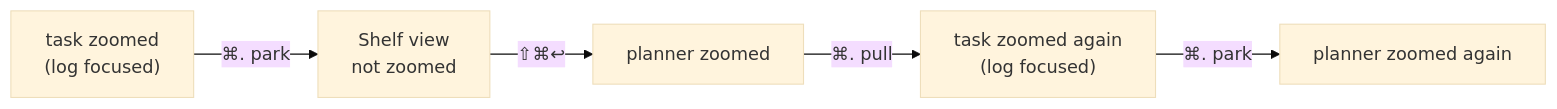
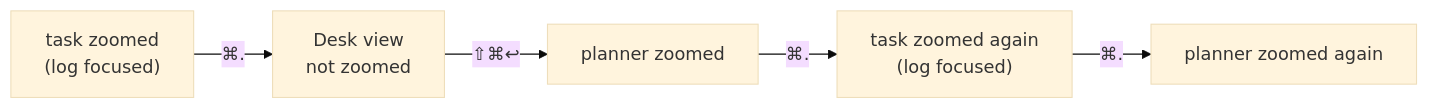
Before and after one commit to tampopogk/kanna: the diagram in docs/specs/zoom.md, drawn with Mermaid (base theme). The commit also changed other lines of this file and 51 other files, not shown here.

Commit message:
Specs: Desk and Shelf, the Desk view, pick, shelve, activate, park; backlog-runners → shelf-runners, backlog-search → shelf-search, shelve-latency → move-to-desk-latency

````diff
--- a/docs/specs/zoom.md
+++ b/docs/specs/zoom.md
@@ -33,7 +33,7 @@
 ```mermaid
 flowchart LR
-    T["task zoomed<br/>(log focused)"] -- "⌘. park" --> S["Shelf view<br/>not zoomed"]
+    T["task zoomed<br/>(log focused)"] -- "⌘." --> S["Desk view<br/>not zoomed"]
     S -- "⇧⌘↩" --> P["planner zoomed"]
-    P -- "⌘. pull" --> T2["task zoomed again<br/>(log focused)"]
-    T2 -- "⌘. park" --> P2["planner zoomed again"]
+    P -- "⌘." --> T2["task zoomed again<br/>(log focused)"]
+    T2 -- "⌘." --> P2["planner zoomed again"]
 ```
````
